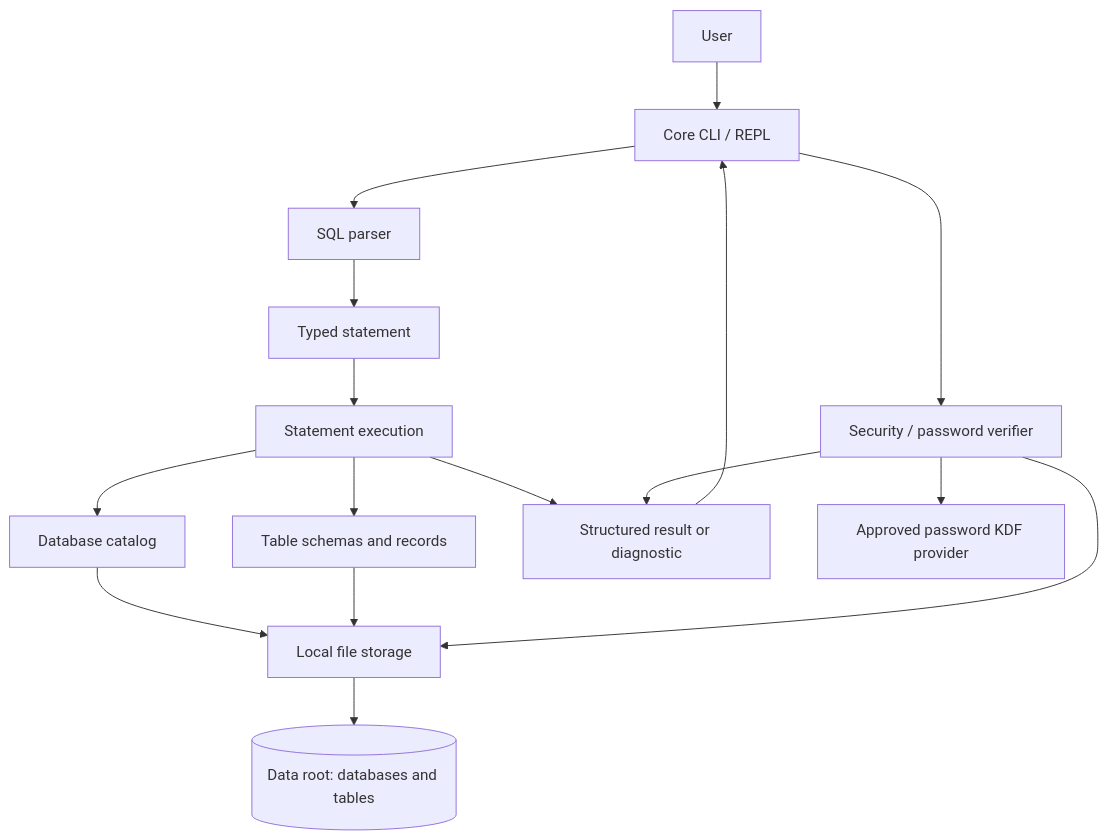
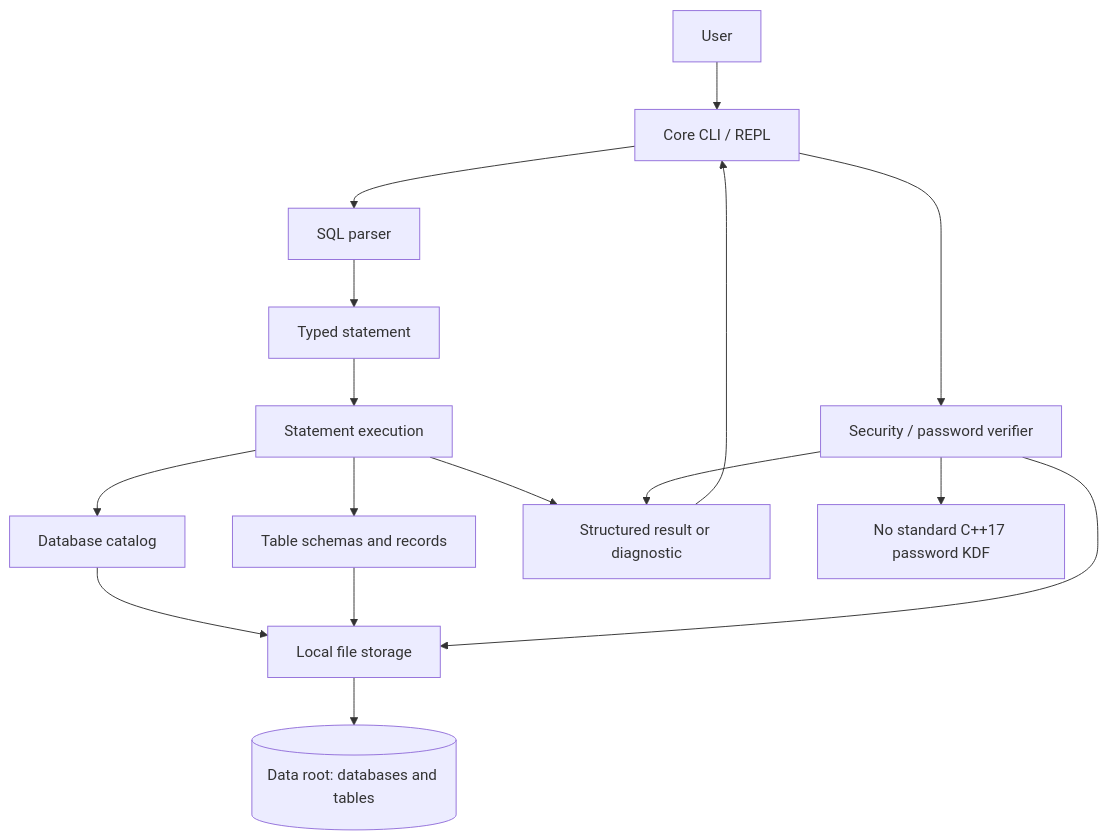
The diagram in docs/ARCHITECTURE.md (farhan1717-odysseus/SPL-1), drawn with Mermaid before and after one commit. The commit also changed other lines of this file and 15 other files, not shown here.

````diff
--- a/docs/ARCHITECTURE.md
+++ b/docs/ARCHITECTURE.md
@@ -159,18 +195,18 @@
 ```mermaid
 flowchart TD
     User[User] --> CLI[Core CLI / REPL]
     CLI --> Parser[SQL parser]
     CLI --> Auth[Security / password verifier]
     Parser --> AST[Typed statement]
     AST --> Exec[Statement execution]
     Exec --> Catalog[Database catalog]
     Exec --> Tables[Table schemas and records]
     Catalog --> Store[Local file storage]
     Tables --> Store
     Store --> Disk[(Data root: databases and tables)]
     Auth --> Store
     Exec --> Result[Structured result or diagnostic]
     Result --> CLI
-    Auth --> KDF[Approved password KDF provider]
+    Auth --> Constraint[No standard C++17 password KDF]
     Auth --> Result
 ```
````
